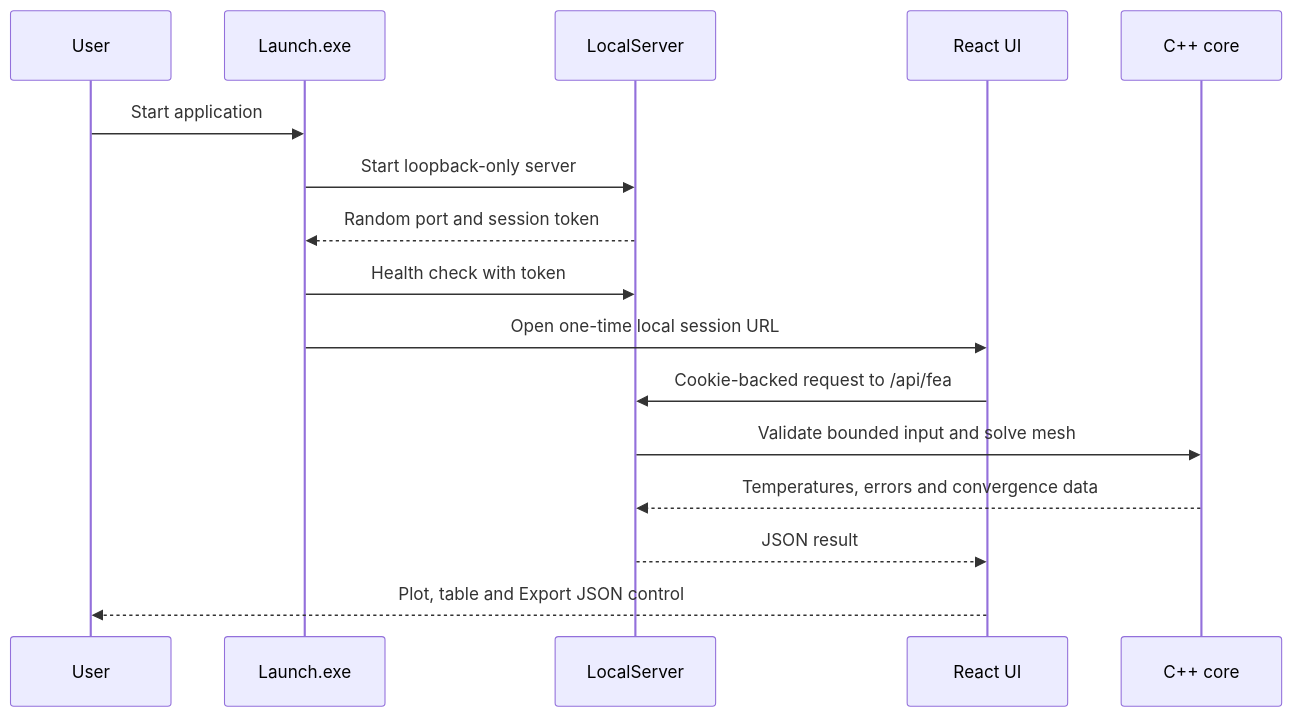
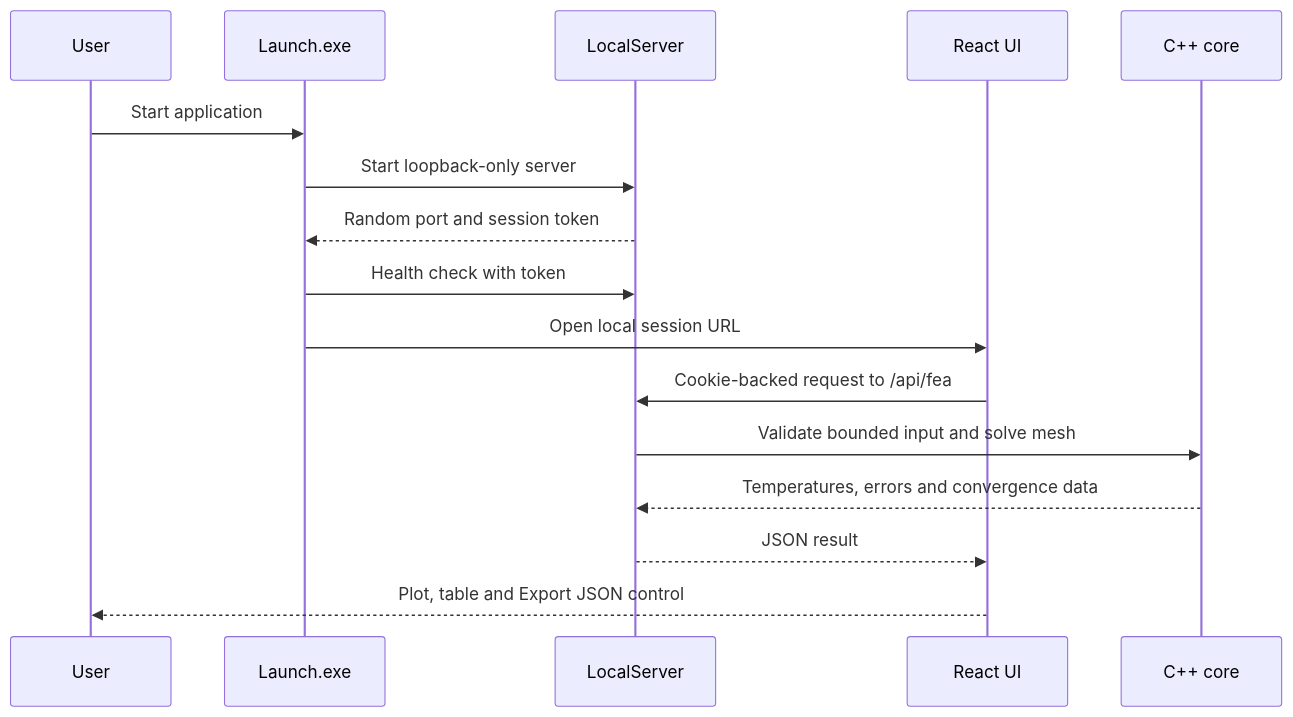
The second of 3 diagrams in docs/ARCHITECTURE.md (tulasiram2005/thermal-atlas-workbench), drawn with Mermaid before and after one commit. The commit also changed other lines of this file and 1 other file, not shown here.

Commit message:
docs: show architecture diagram in README

````diff
--- a/docs/ARCHITECTURE.md
+++ b/docs/ARCHITECTURE.md
@@ -36,18 +40,18 @@
 ```mermaid
 sequenceDiagram
     participant U as User
     participant L as Launch.exe
     participant S as LocalServer
     participant W as React UI
     participant C as C++ core
     U->>L: Start application
     L->>S: Start loopback-only server
     S-->>L: Random port and session token
     L->>S: Health check with token
-    L->>W: Open one-time local session URL
+    L->>W: Open local session URL
     W->>S: Cookie-backed request to /api/fea
     S->>C: Validate bounded input and solve mesh
     C-->>S: Temperatures, errors and convergence data
     S-->>W: JSON result
     W-->>U: Plot, table and Export JSON control
 ```
````
